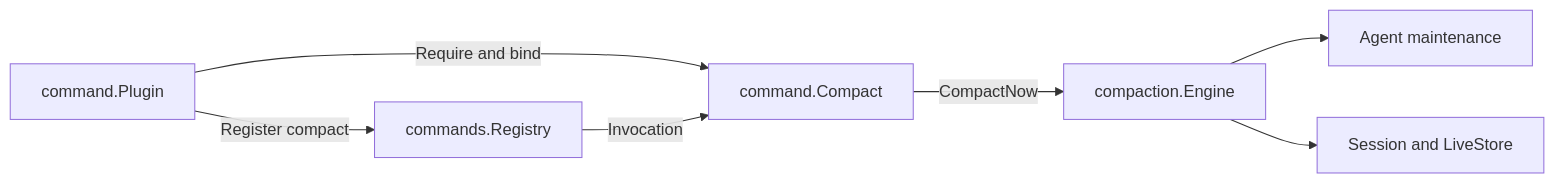
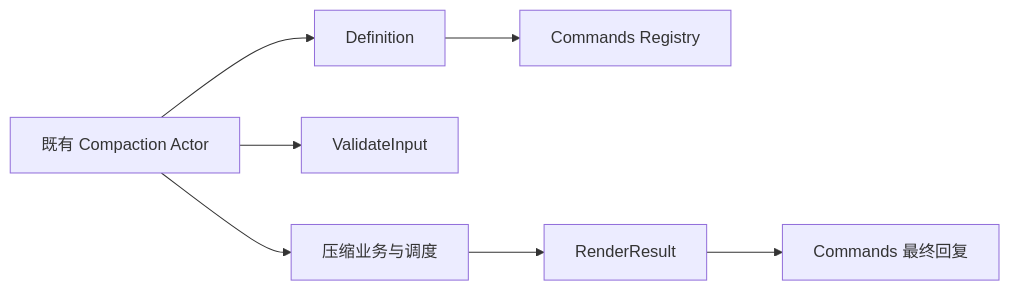
The diagram in compaction/command/README.zh-CN.md (gorenx/goren), drawn with Mermaid before and after one commit. The commit also changed other lines of this file and 7 other files, not shown here.

Commit message:
docs(actor): describe global commands and compaction lifecycle

````diff
--- a/compaction/command/README.zh-CN.md
+++ b/compaction/command/README.zh-CN.md
@@ -20,9 +10,9 @@
 ```mermaid
 flowchart LR
-    P[command.Plugin] -->|Require and bind| C[command.Compact]
-    P -->|Register compact| R[commands.Registry]
-    R -->|Invocation| C
-    C -->|CompactNow| E[compaction.Engine]
-    E --> A[Agent maintenance]
-    E --> S[Session and LiveStore]
+ P[既有 Compaction Actor] --> D[Definition]
+ D --> R[Commands Registry]
+ P --> V[ValidateInput]
+ P --> B[压缩业务与调度]
+ B --> O[RenderResult]
+ O --> C[Commands 最终回复]
 ```
````
